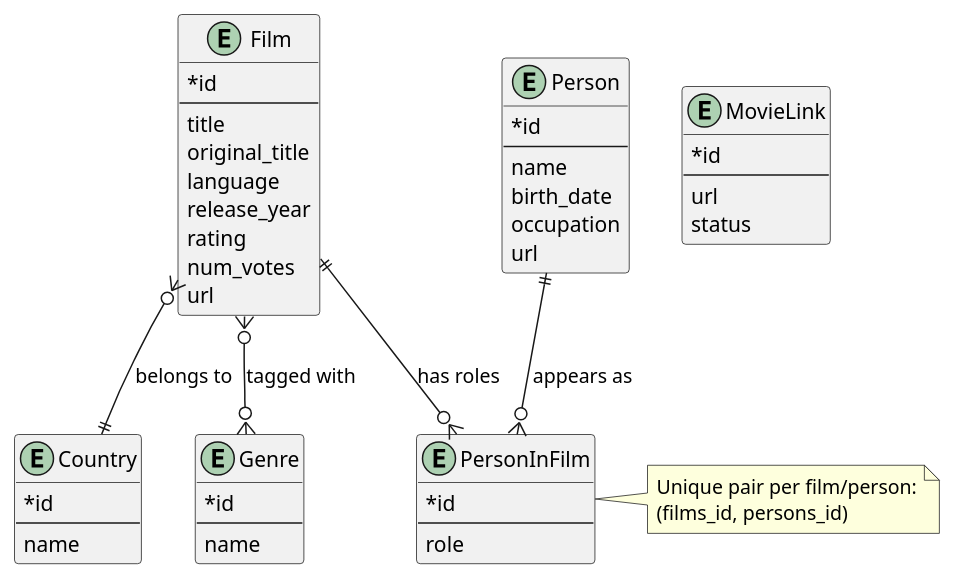
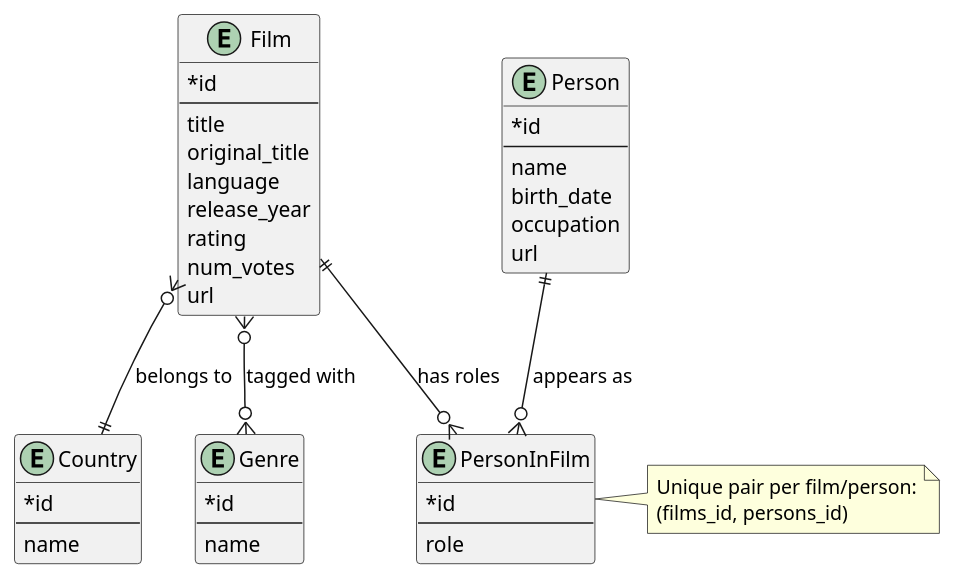
The diagram in docs/db-schema-domain.puml (nemanjap24/scrapoo), drawn with PlantUML before and after one commit. The commit also changed 9 other files, not shown here.

Commit message:
feat: remove MovieLink entity and update related references; add graph analytics testing documentation

```diff
--- a/docs/db-schema-domain.puml
+++ b/docs/db-schema-domain.puml
@@ -1,63 +1,56 @@
 @startuml
 ' Domain-focused ER diagram (simplified)
 hide methods
 hide stereotypes
 skinparam classAttributeIconSize 0
 
 entity "Country" as Country {
   * id
   --
   name
 }
 
 entity "Film" as Film {
   * id
   --
   title
   original_title
   language
   release_year
   rating
   num_votes
   url
 }
 
 entity "Genre" as Genre {
   * id
   --
   name
 }
 
 entity "Person" as Person {
   * id
   --
   name
   birth_date
   occupation
   url
 }
 
-entity "MovieLink" as MovieLink {
-  * id
-  --
-  url
-  status
-}
-
 entity "PersonInFilm" as PersonInFilm {
   * id
   --
   role
 }
 
 Film }o--|| Country : belongs to
 Film }o--o{ Genre : tagged with
 Film ||--o{ PersonInFilm : has roles
 Person ||--o{ PersonInFilm : appears as
 
 note right of PersonInFilm
   Unique pair per film/person:
   (films_id, persons_id)
 end note
 
 @enduml
```
